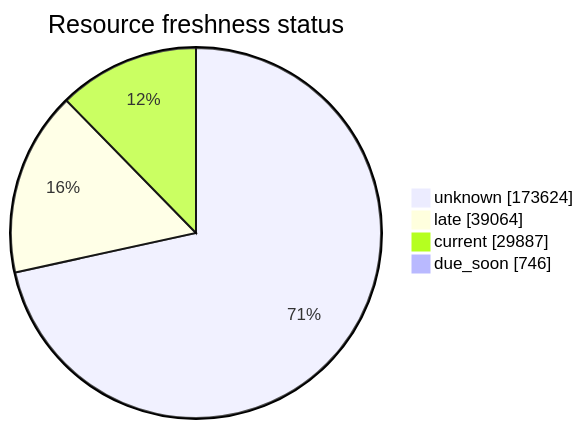
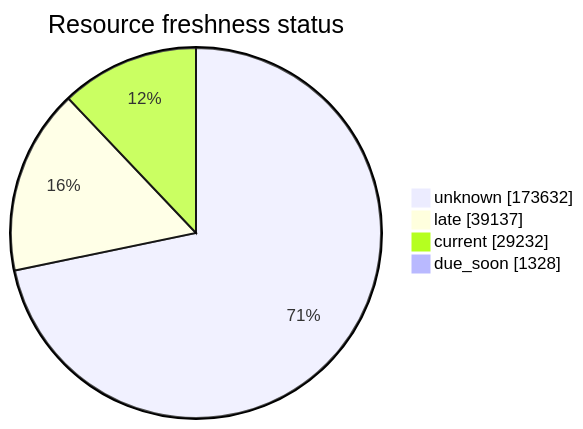
One commit to open-data/analytics-corporate-reporting changed the third of 5 diagrams in FreshCheck/README.md. Above: the diagram before and after it, drawn with Mermaid. The commit also changed other lines of this file and 3 other files, not shown here.

````diff
--- a/FreshCheck/README.md
+++ b/FreshCheck/README.md
@@ -77,7 +77,7 @@
 ```mermaid
 pie showData title Resource freshness status
-    "unknown": 173624
-    "late": 39064
-    "current": 29887
-    "due_soon": 746
+    "unknown": 173632
+    "late": 39137
+    "current": 29232
+    "due_soon": 1328
 ```
````
